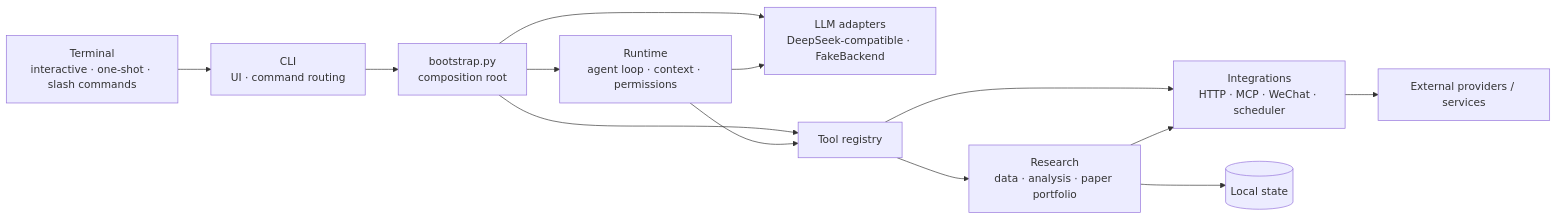
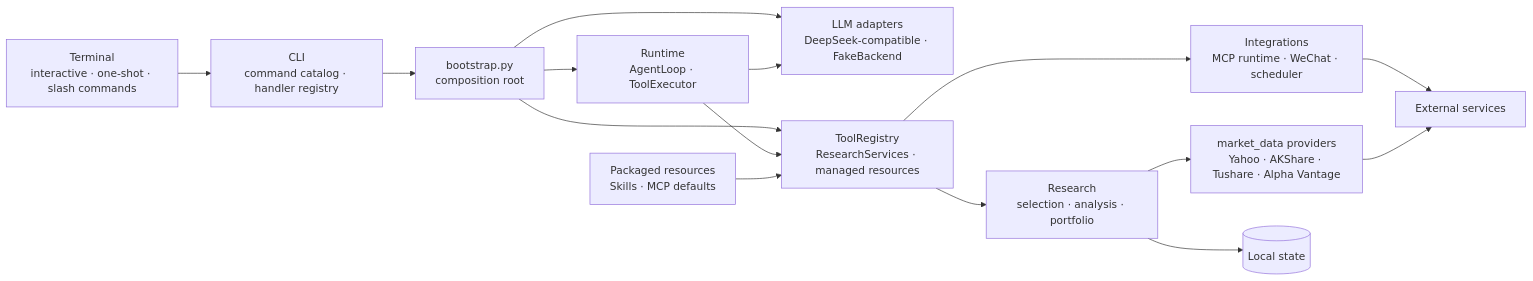
The diagram in README.md (nixiakT/ticker-dossier), drawn with Mermaid before and after one commit. The commit also changed other lines of this file and 63 other files, not shown here.

Commit message:
refactor: harden portfolio state and modularize runtime

````diff
--- a/README.md
+++ b/README.md
@@ -104,15 +110,17 @@
 ```mermaid
 flowchart LR
-    U["Terminal<br/>interactive · one-shot · slash commands"] --> C["CLI<br/>UI · command routing"]
+    U["Terminal<br/>interactive · one-shot · slash commands"] --> C["CLI<br/>command catalog · handler registry"]
     C --> B["bootstrap.py<br/>composition root"]
-    B --> A["Runtime<br/>agent loop · context · permissions"]
+    B --> A["Runtime<br/>AgentLoop · ToolExecutor"]
     B --> L["LLM adapters<br/>DeepSeek-compatible · FakeBackend"]
-    B --> T["Tool registry"]
+    B --> T["ToolRegistry<br/>ResearchServices · managed resources"]
     A --> L
     A --> T
-    T --> R["Research<br/>data · analysis · paper portfolio"]
-    T --> I["Integrations<br/>HTTP · MCP · WeChat · scheduler"]
-    R --> I
-    I --> E["External providers / services"]
+    T --> R["Research<br/>selection · analysis · portfolio"]
+    T --> I["Integrations<br/>MCP runtime · WeChat · scheduler"]
+    R --> P["market_data providers<br/>Yahoo · AKShare · Tushare · Alpha Vantage"]
+    I --> E["External services"]
+    P --> E
     R --> S[("Local state")]
+    K["Packaged resources<br/>Skills · MCP defaults"] --> T
 ```
````
